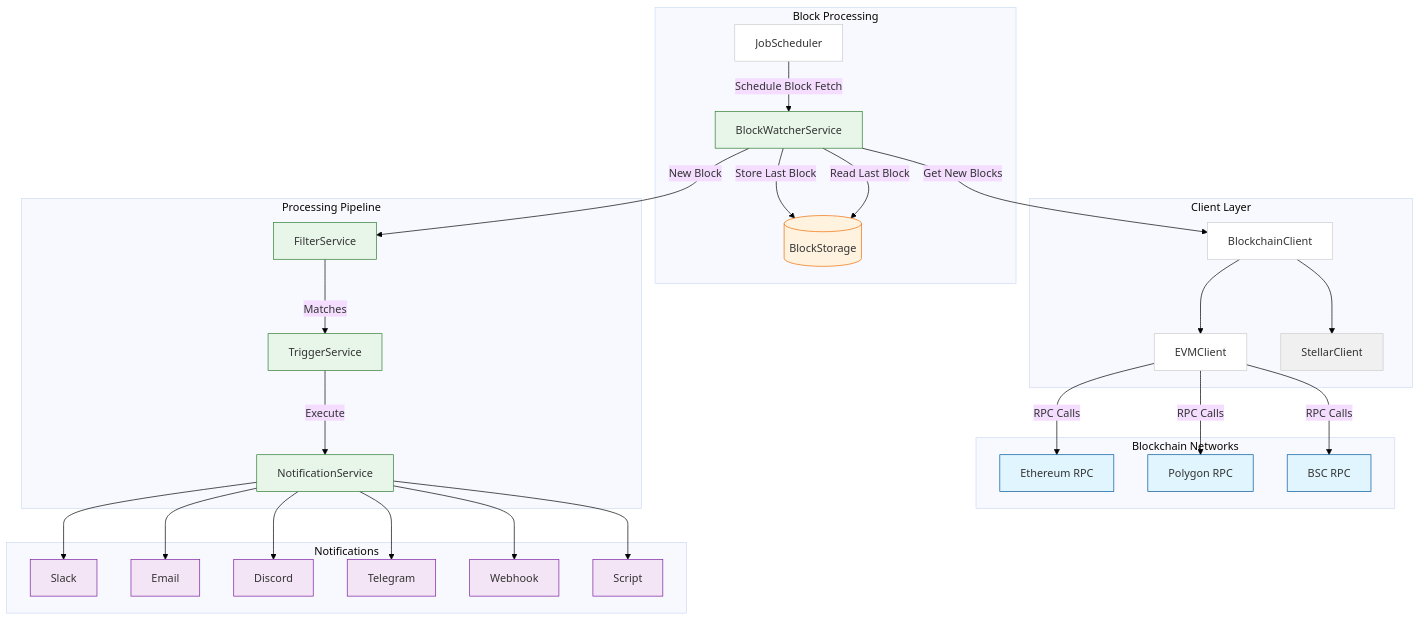
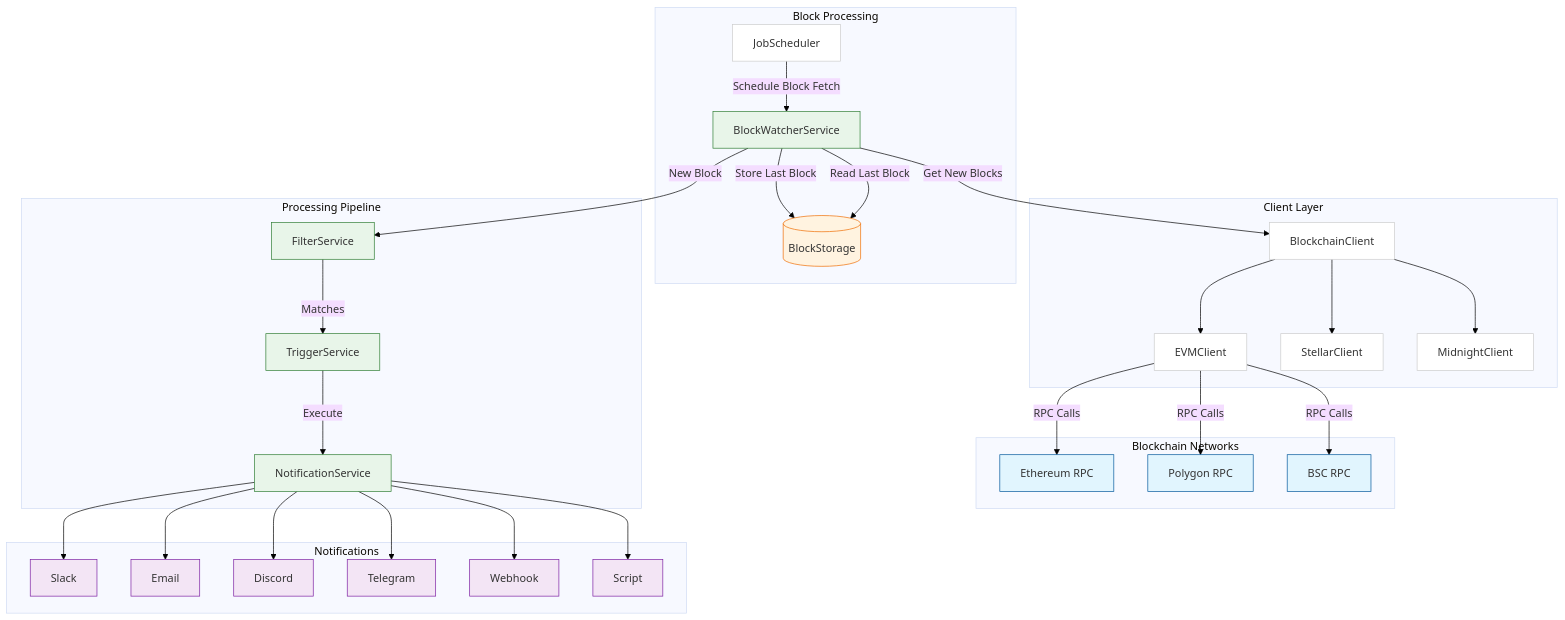
One commit to OpenZeppelin/openzeppelin-monitor changed the diagram in docs/modules/ROOT/pages/index.adoc. Above: the diagram before and after it, drawn with Mermaid. The commit also changed other lines of this file and 9 other files, not shown here.

```diff
--- a/docs/modules/ROOT/pages/index.adoc
+++ b/docs/modules/ROOT/pages/index.adoc
@@ -38,80 +39,80 @@
 [mermaid,width=100%]
 ....
 %%{init: {
     'theme': 'base',
     'themeVariables': {
         'background': '#ffffff',
         'mainBkg': '#ffffff',
         'primaryBorderColor': '#cccccc'
     }
 }}%%
 graph TD
     subgraph Blockchain Networks
         ETH[Ethereum RPC]
         POL[Polygon RPC]
         BSC[BSC RPC]
     end
 
     subgraph Block Processing
         BW[BlockWatcherService]
         BS[(BlockStorage)]
         JS[JobScheduler]
     end
 
     subgraph Client Layer
         BC[BlockchainClient]
         EVM[EVMClient]
         STL[StellarClient]
+        MDN[MidnightClient]
     end
 
     subgraph Processing Pipeline
         FS[FilterService]
         TS[TriggerService]
         NS[NotificationService]
     end
 
     subgraph Notifications
         Slack
         Email
         Discord
         Telegram
         Webhook
         Script
     end
 
     %% Block Processing Flow
     JS -->|Schedule Block Fetch| BW
     BW -->|Store Last Block| BS
     BW -->|Read Last Block| BS
     BW -->|Get New Blocks| BC
 
     %% Client Connections
     BC --> EVM
     BC --> STL
+    BC --> MDN
     EVM -->|RPC Calls| ETH
     EVM -->|RPC Calls| POL
     EVM -->|RPC Calls| BSC
 
     %% Processing Flow
     BW -->|New Block| FS
     FS -->|Matches| TS
     TS -->|Execute| NS
     NS --> Slack
     NS --> Email
     NS --> Discord
     NS --> Telegram
     NS --> Webhook
     NS --> Script
 
-    style STL fill:#f0f0f0
-
     classDef rpc fill:#e1f5fe,stroke:#01579b
     classDef storage fill:#fff3e0,stroke:#ef6c00
     classDef service fill:#e8f5e9,stroke:#2e7d32
     classDef notification fill:#f3e5f5,stroke:#7b1fa2
 
     class ETH,POL,BSC rpc
     class BS storage
     class BW,FS,TS,NS service
     class Slack,Email,Discord,Telegram,Webhook,Script notification
 ....
```
